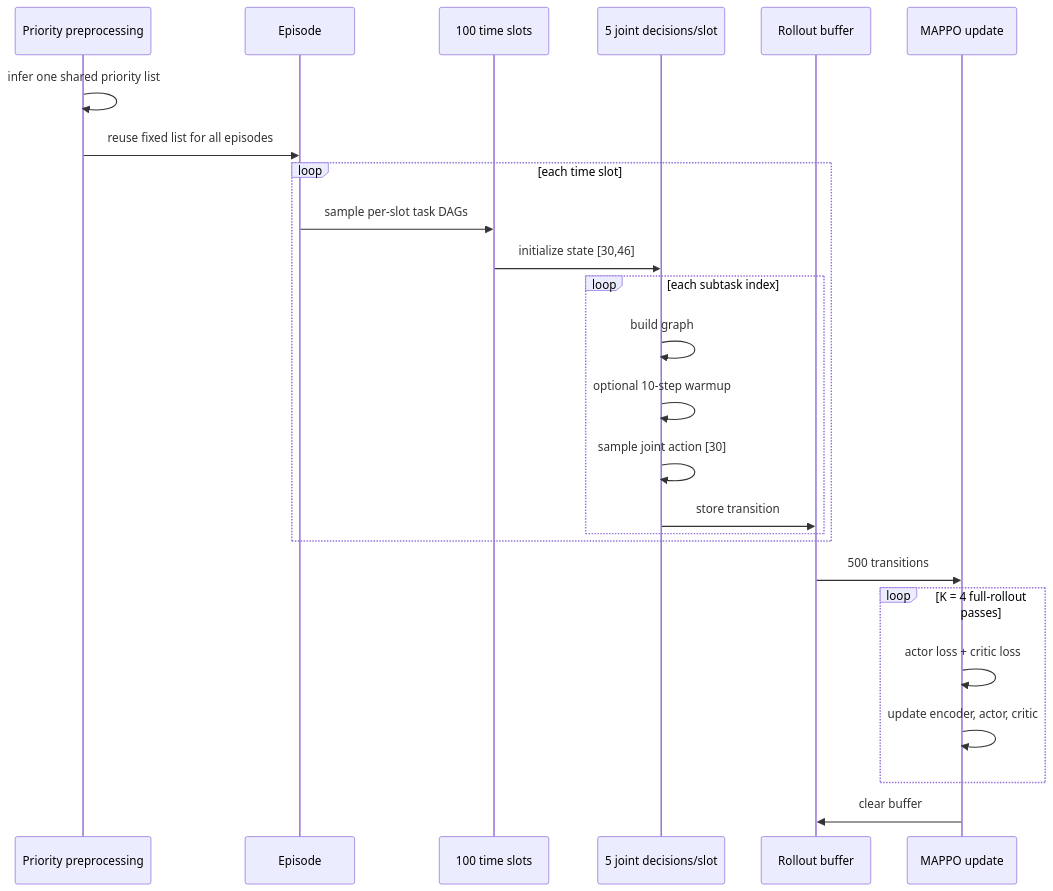
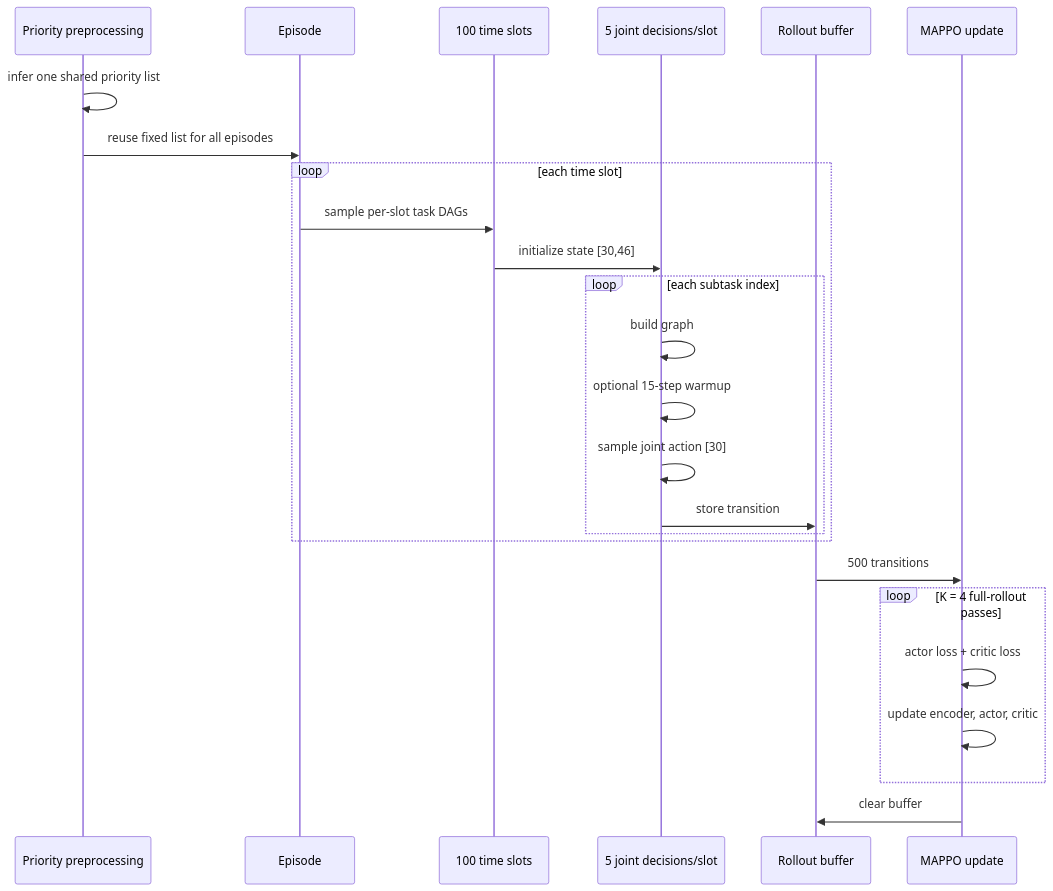
One commit to ngocdung211/Dual-Graph-MAPPO-Industrial-Task-offloading changed the fifth of 5 diagrams in Industrial_task_offloading/docs/dual_gat_mappo_architecture.md. Above: the diagram before and after it, drawn with Mermaid. The commit also changed other lines of this file and 3 other files, not shown here.

````diff
--- a/Industrial_task_offloading/docs/dual_gat_mappo_architecture.md
+++ b/Industrial_task_offloading/docs/dual_gat_mappo_architecture.md
@@ -582,28 +602,28 @@
 ```mermaid
 sequenceDiagram
     participant Q as Priority preprocessing
     participant E as Episode
     participant T as 100 time slots
     participant M as 5 joint decisions/slot
     participant B as Rollout buffer
     participant P as MAPPO update
 
     Q->>Q: infer one shared priority list
     Q->>E: reuse fixed list for all episodes
     loop each time slot
         E->>T: sample per-slot task DAGs
         T->>M: initialize state [30,46]
         loop each subtask index
             M->>M: build graph
-            M->>M: optional 10-step warmup
+            M->>M: optional 15-step warmup
             M->>M: sample joint action [30]
             M->>B: store transition
         end
     end
     B->>P: 500 transitions
     loop K = 4 full-rollout passes
         P->>P: actor loss + critic loss
         P->>P: update encoder, actor, critic
     end
     P->>B: clear buffer
 ```
````
